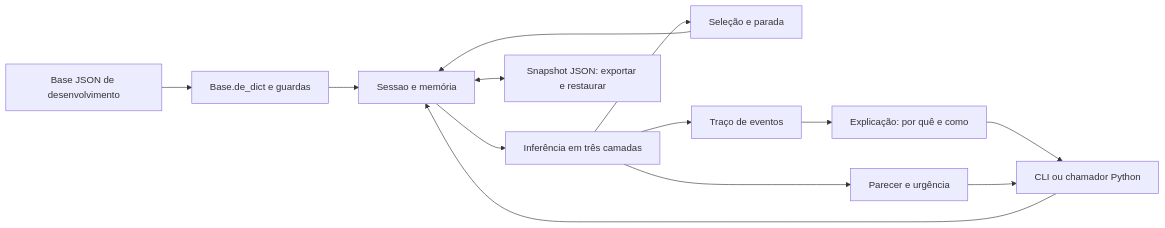
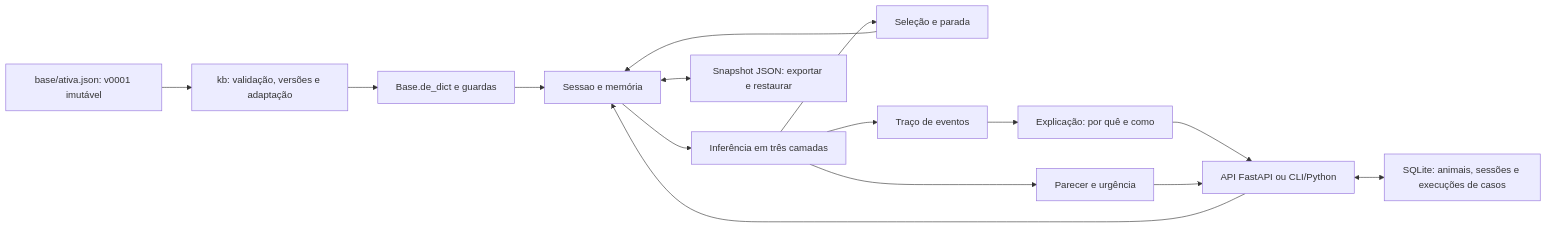
Before and after one commit to Caio-Augusto-Paiva/HackAthon: the diagram in docs/entrega/02-arquitetura.md, drawn with Mermaid. The commit also changed other lines of this file and 10 other files, not shown here.

Commit message:
docs(entrega): documenta API, base ativa e 34 casos com evidências atuais

````diff
--- a/docs/entrega/02-arquitetura.md
+++ b/docs/entrega/02-arquitetura.md
@@ -7,15 +7,17 @@
 ```mermaid
 flowchart LR
-    J[Base JSON de desenvolvimento] --> V[Base.de_dict e guardas]
-    C[CLI ou chamador Python] --> S[Sessao e memória]
+    J[base/ativa.json: v0001 imutável] --> K[kb: validação, versões e adaptação]
+    K --> V[Base.de_dict e guardas]
+    C[API FastAPI ou CLI/Python] --> S[Sessao e memória]
     V --> S
     S --> I[Inferência em três camadas]
     I --> Q[Seleção e parada]
     Q --> S
     I --> T[Traço de eventos]
     T --> E[Explicação: por quê e como]
     I --> P[Parecer e urgência]
     E --> C
     P --> C
     S <--> R[Snapshot JSON: exportar e restaurar]
+    C <--> D[SQLite: animais, sessões e execuções de casos]
 ```
````
